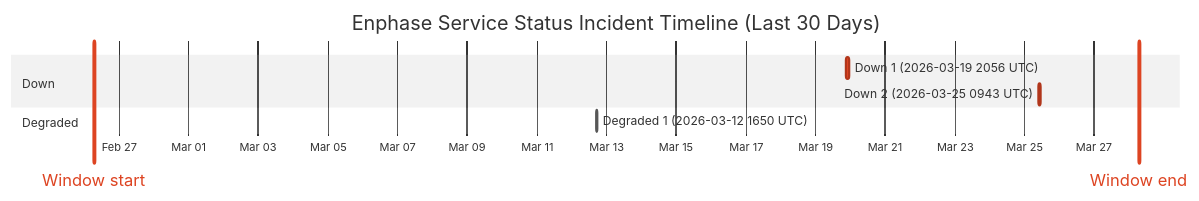
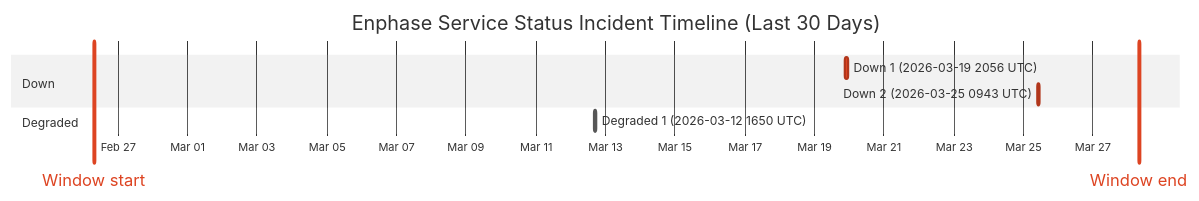
One commit to barneyonline/ha-enphase-ev-charger changed the diagram in wiki/Service-Status-History.md. Above: the diagram before and after it, drawn with Mermaid (neutral theme). The commit also changed other lines of this file and 3 other files, not shown here.

````diff
--- a/wiki/Service-Status-History.md
+++ b/wiki/Service-Status-History.md
@@ -14,13 +14,13 @@
 ```mermaid
 gantt
     title Enphase Service Status Incident Timeline (Last 30 Days)
     dateFormat  YYYY-MM-DDTHH:mm:ss
     axisFormat  %b %d
-    Window start :vert, window-start, 2026-02-26T06:46:30, 0ms
-    Window end :vert, window-end, 2026-03-28T06:46:30, 0ms
+    Window start :vert, window-start, 2026-02-26T07:38:38, 0ms
+    Window end :vert, window-end, 2026-03-28T07:38:38, 0ms
     section Down
     Down 1 (2026-03-19 2056 UTC) :crit, down-1, 2026-03-19T20:56:20, 145m
     Down 2 (2026-03-25 0943 UTC) :crit, down-2, 2026-03-25T09:43:28, 111m
     section Degraded
     Degraded 1 (2026-03-12 1650 UTC) :active, degraded-1, 2026-03-12T16:50:43, 60m
 ```
````
